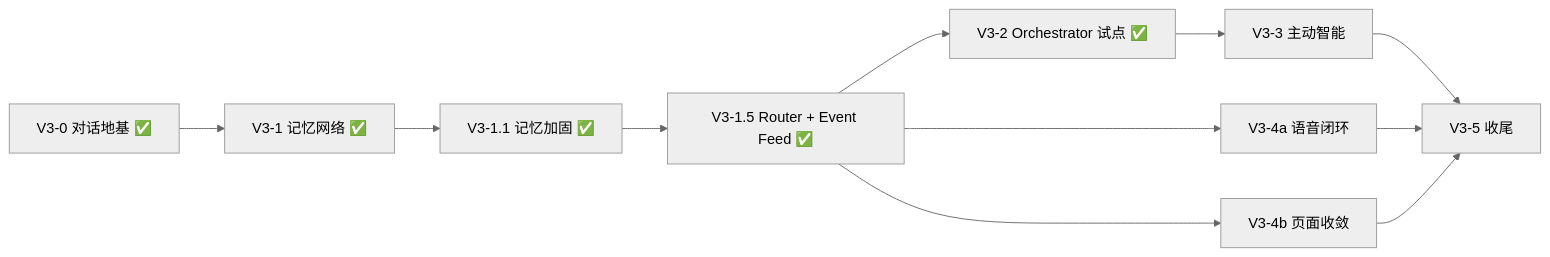
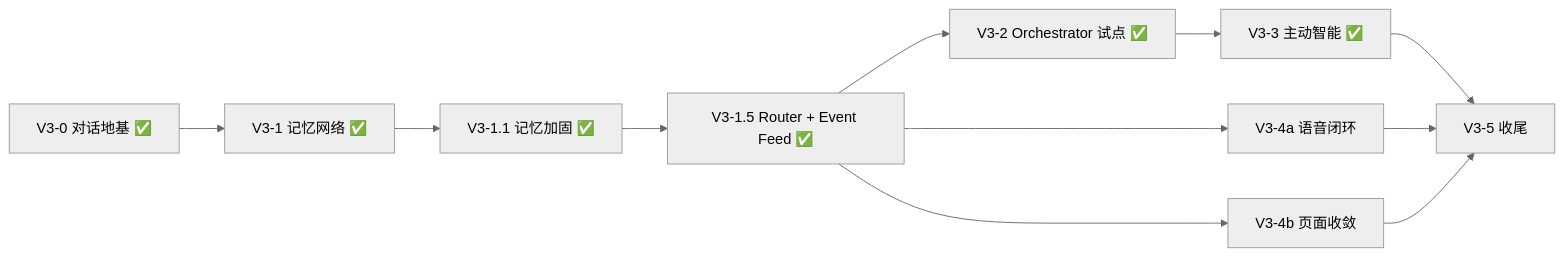
The second of 2 diagrams in docs/JARVIS_OS_V3_PLAN.md (Lyb-L-dev/jarvis-os), drawn with Mermaid (neutral theme) before and after one commit. The commit also changed other lines of this file and 18 other files, not shown here.

````diff
--- a/docs/JARVIS_OS_V3_PLAN.md
+++ b/docs/JARVIS_OS_V3_PLAN.md
@@ -299,13 +299,13 @@
 ```mermaid
 flowchart LR
     A["V3-0 对话地基 ✅"] --> B["V3-1 记忆网络 ✅"]
     B --> C["V3-1.1 记忆加固 ✅"]
     C --> D["V3-1.5 Router + Event Feed ✅"]
     D --> E["V3-2 Orchestrator 试点 ✅"]
-    E --> F["V3-3 主动智能"]
+    E --> F["V3-3 主动智能 ✅"]
     D --> G["V3-4a 语音闭环"]
     D --> H["V3-4b 页面收敛"]
     F --> I["V3-5 收尾"]
     G --> I
     H --> I
 ```
````
